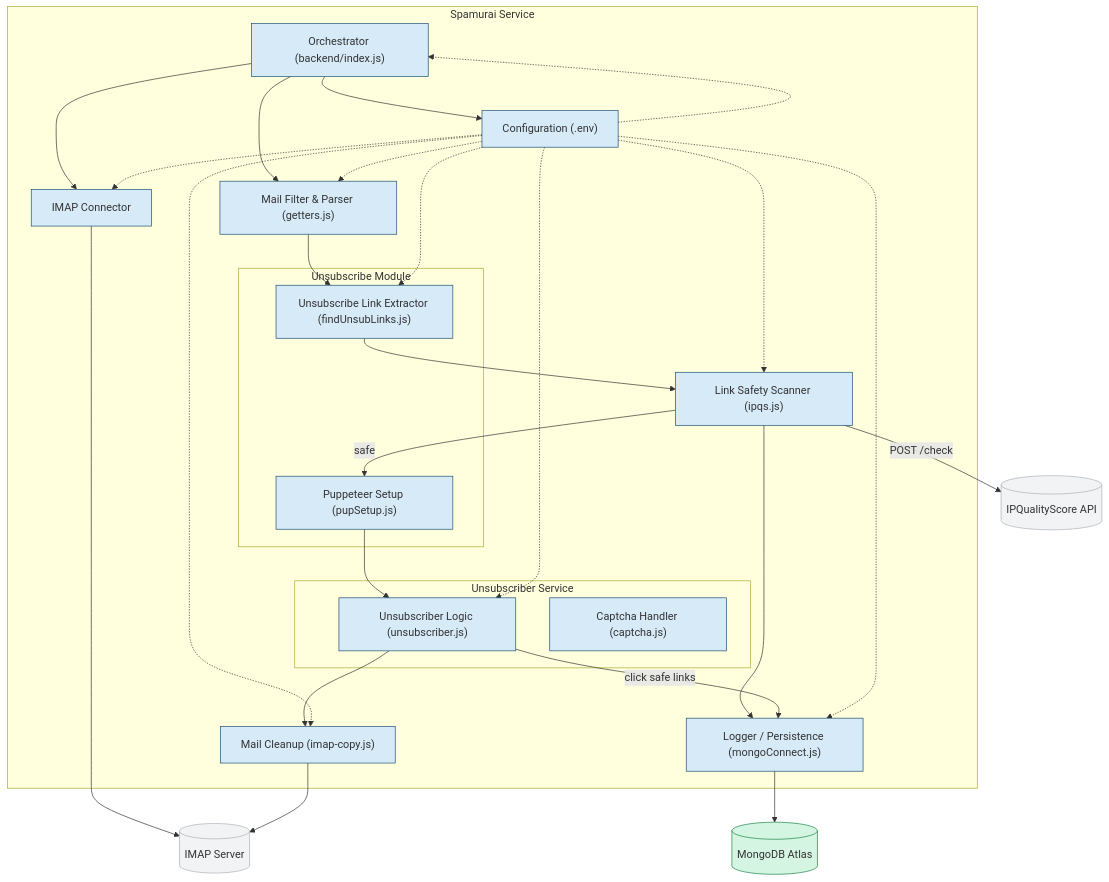
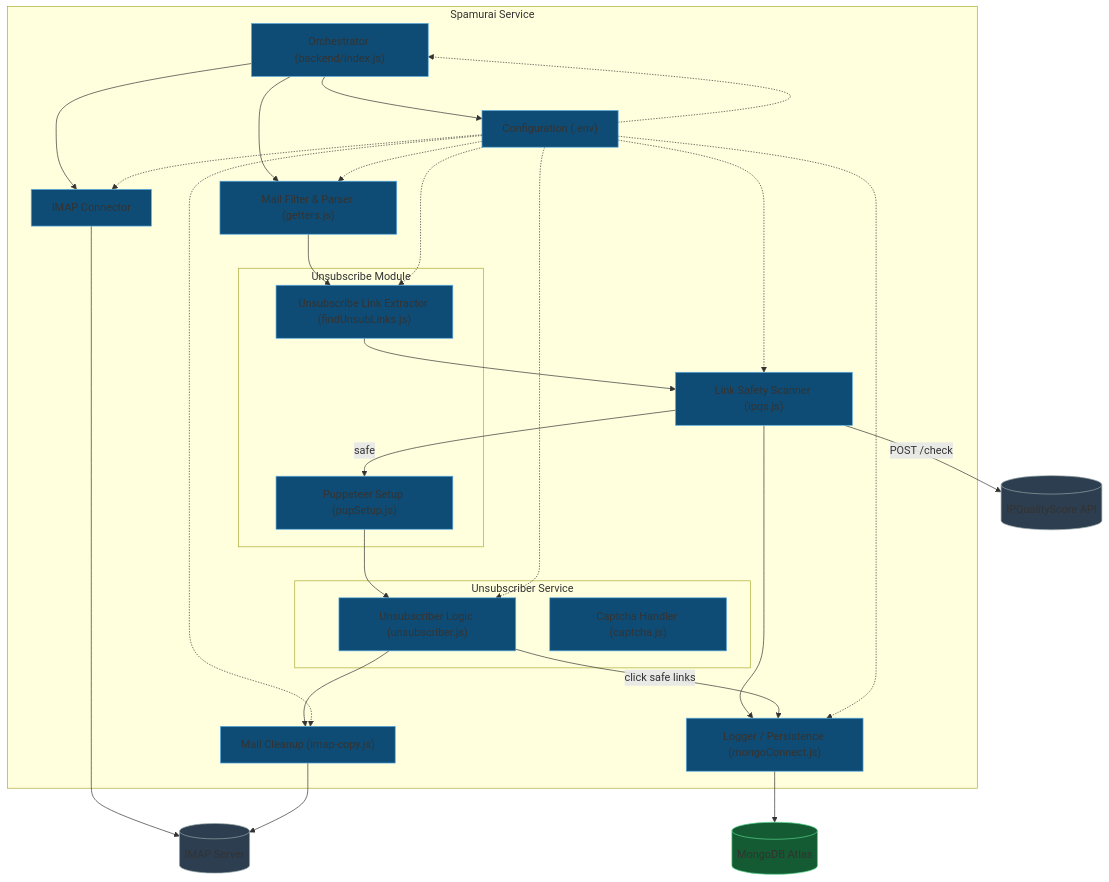
Before and after one commit to nakuldevmv/Spamurai: the diagram in README.md, drawn with Mermaid.

````diff
--- a/README.md
+++ b/README.md
@@ -108,64 +108,65 @@
 ```mermaid
 flowchart TD
     subgraph "Spamurai Service"
         ORC["Orchestrator (backend/index.js)"]:::internal
         CFG["Configuration (.env)"]:::internal
         IMAP["IMAP Connector"]:::internal
         PARS["Mail Filter & Parser (getters.js)"]:::internal
         subgraph "Unsubscribe Module"
             FIND["Unsubscribe Link Extractor (findUnsubLinks.js)"]:::internal
             PUPP["Puppeteer Setup (pupSetup.js)"]:::internal
         end
         SCAN["Link Safety Scanner (ipqs.js)"]:::internal
         subgraph "Unsubscriber Service"
             UNS["Unsubscriber Logic (unsubscriber.js)"]:::internal
             CAPTCHA["Captcha Handler (captcha.js)"]:::internal
         end
         CLEAN["Mail Cleanup (imap-copy.js)"]:::internal
         MONGO_CLIENT["Logger / Persistence (mongoConnect.js)"]:::internal
     end
 
     IMAP_SRV[("IMAP Server")]:::external
     IPQS[("IPQualityScore API")]:::external
     MONGO[("MongoDB Atlas")]:::db
 
     ORC --> CFG
     ORC --> IMAP
     IMAP --> IMAP_SRV
     ORC --> PARS
     PARS --> FIND
     FIND --> SCAN
     SCAN -->|"safe"| PUPP
     PUPP --> UNS
     SCAN -->|"POST /check"| IPQS
     SCAN --> MONGO_CLIENT
     UNS -->|"click safe links"| MONGO_CLIENT
     UNS --> CLEAN
     CLEAN --> IMAP_SRV
     MONGO_CLIENT --> MONGO
 
     CFG -.-> ORC
     CFG -.-> IMAP
     CFG -.-> PARS
     CFG -.-> FIND
     CFG -.-> SCAN
     CFG -.-> UNS
     CFG -.-> CLEAN
     CFG -.-> MONGO_CLIENT
 
     click ORC "https://github.com/nakuldevmv/spamurai/blob/main/backend/index.js"
     click IMAP "https://github.com/nakuldevmv/spamurai/blob/main/backend/utils/connectMail/imapConnect.js"
     click PARS "https://github.com/nakuldevmv/spamurai/blob/main/backend/utils/getters.js"
     click FIND "https://github.com/nakuldevmv/spamurai/blob/main/backend/utils/unsub/findUnsubLinks.js"
     click PUPP "https://github.com/nakuldevmv/spamurai/blob/main/backend/utils/unsub/pupSetup.js"
     click SCAN "https://github.com/nakuldevmv/spamurai/blob/main/backend/utils/scanners/ipqs.js"
     click UNS "https://github.com/nakuldevmv/spamurai/blob/main/backend/utils/unsub/unsubscriber.js"
     click CAPTCHA "https://github.com/nakuldevmv/spamurai/blob/main/backend/utils/unsub/captcha.js"
     click CLEAN "https://github.com/nakuldevmv/spamurai/blob/main/backend/utils/connectMail/imap-copy.js"
     click MONGO_CLIENT "https://github.com/nakuldevmv/spamurai/blob/main/backend/utils/server/mongoConnect.js"
     click CFG "https://github.com/nakuldevmv/spamurai/blob/main/backend/example.env"
 
-    classDef internal fill:#D6EAF8,stroke:#1B4F72
-    classDef external fill:#F2F3F4,stroke:#ABB2B9
-    classDef db fill:#D5F5E3,stroke:#1D8348
+    classDef internal fill:#0E4C75,stroke:#5DADE2
+    classDef external fill:#2C3E50,stroke:#95A5A6
+    classDef db fill:#145A32,stroke:#58D68D
+
 ```
````
